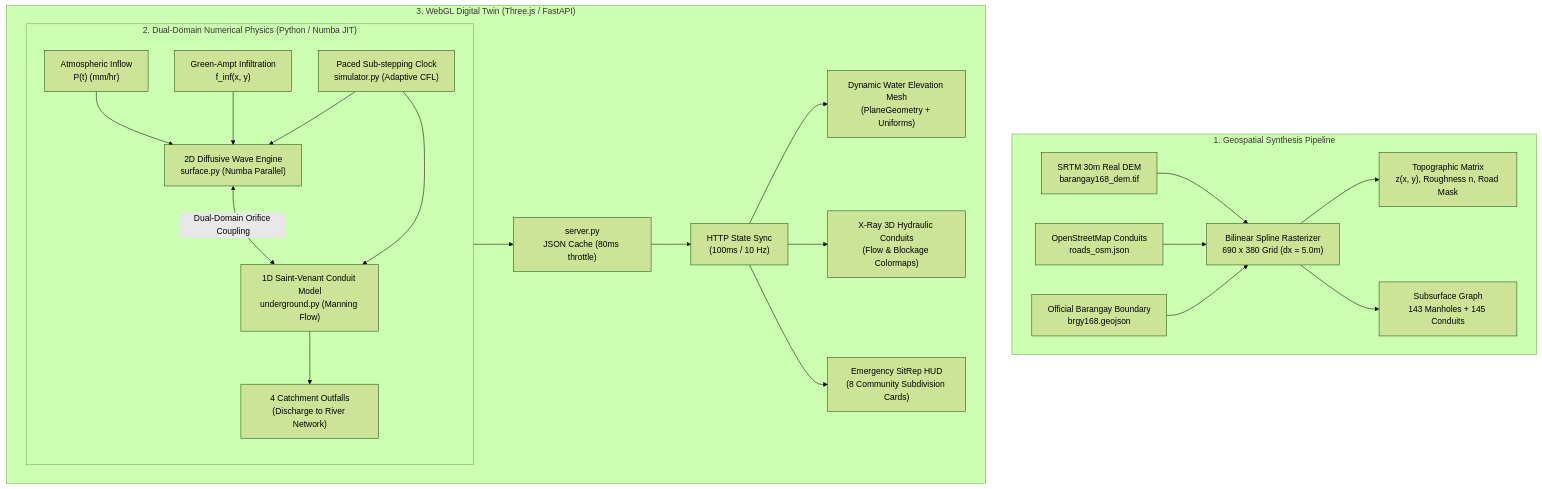
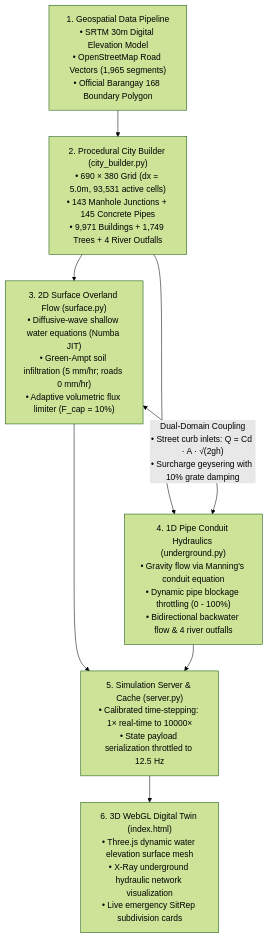
The diagram in README.md (Lray143/Flood-Control), drawn with Mermaid (forest theme) before and after one commit.

Commit message:
docs: streamline Mermaid architecture flowchart into vertical responsive layout

````diff
--- a/README.md
+++ b/README.md
@@ -37,28 +37,15 @@
 ```mermaid
-flowchart TD
-    subgraph GIS["1. Geospatial Synthesis Pipeline"]
-        DEM["SRTM 30m Real DEM\nbarangay168_dem.tif"] --> Spline["Bilinear Spline Rasterizer\n690 x 380 Grid (dx = 5.0m)"]
-        OSM["OpenStreetMap Conduits\nroads_osm.json"] --> Spline
-        Poly["Official Barangay Boundary\nbrgy168.geojson"] --> Spline
-        Spline --> SurfaceMesh["Topographic Matrix\nz(x, y), Roughness n, Road Mask"]
-        Spline --> ConduitGraph["Subsurface Graph\n143 Manholes + 145 Conduits"]
-    end
-
-    subgraph Engine["2. Dual-Domain Numerical Physics (Python / Numba JIT)"]
-        Precip["Atmospheric Inflow\nP(t) (mm/hr)"] --> SurfaceEngine
-        Infil["Green-Ampt Infiltration\nf_inf(x, y)"] --> SurfaceEngine
-        SurfaceEngine["2D Diffusive Wave Engine\nsurface.py (Numba Parallel)"] <-->|Dual-Domain Orifice Coupling| PipeEngine
-        PipeEngine["1D Saint-Venant Conduit Model\nunderground.py (Manning Flow)"]
-        PipeEngine --> Outfalls["4 Catchment Outfalls\n(Discharge to River Network)"]
-        Clock["Paced Sub-stepping Clock\nsimulator.py (Adaptive CFL)"] --> SurfaceEngine
-        Clock --> PipeEngine
-    end
-
-    subgraph Client["3. WebGL Digital Twin (Three.js / FastAPI)"]
-        Engine --> Server["server.py\nJSON Cache (80ms throttle)"]
-        Server --> Poll["HTTP State Sync\n(100ms / 10 Hz)"]
-        Poll --> ThreeWater["Dynamic Water Elevation Mesh\n(PlaneGeometry + Uniforms)"]
-        Poll --> ThreePipes["X-Ray 3D Hydraulic Conduits\n(Flow & Blockage Colormaps)"]
-        Poll --> SitRepHUD["Emergency SitRep HUD\n(8 Community Subdivision Cards)"]
-    end
+graph TD
+    A["1. Geospatial Data Pipeline\n• SRTM 30m Digital Elevation Model\n• OpenStreetMap Road Vectors (1,965 segments)\n• Official Barangay 168 Boundary Polygon"] --> B["2. Procedural City Builder (city_builder.py)\n• 690 × 380 Grid (dx = 5.0m, 93,531 active cells)\n• 143 Manhole Junctions + 145 Concrete Pipes\n• 9,971 Buildings + 1,749 Trees + 4 River Outfalls"]
+    
+    B --> C["3. 2D Surface Overland Flow (surface.py)\n• Diffusive-wave shallow water equations (Numba JIT)\n• Green-Ampt soil infiltration (5 mm/hr; roads 0 mm/hr)\n• Adaptive volumetric flux limiter (F_cap = 10%)"]
+    
+    B --> D["4. 1D Pipe Conduit Hydraulics (underground.py)\n• Gravity flow via Manning's conduit equation\n• Dynamic pipe blockage throttling (0 - 100%)\n• Bidirectional backwater flow & 4 river outfalls"]
+    
+    C <-->|"Dual-Domain Coupling\n• Street curb inlets: Q = Cd · A · √(2gh)\n• Surcharge geysering with 10% grate damping"| D
+    
+    C --> E["5. Simulation Server & Cache (server.py)\n• Calibrated time-stepping: 1× real-time to 10000×\n• State payload serialization throttled to 12.5 Hz"]
+    D --> E
+    
+    E --> F["6. 3D WebGL Digital Twin (index.html)\n• Three.js dynamic water elevation surface mesh\n• X-Ray underground hydraulic network visualization\n• Live emergency SitRep subdivision cards"]
 ```
````
